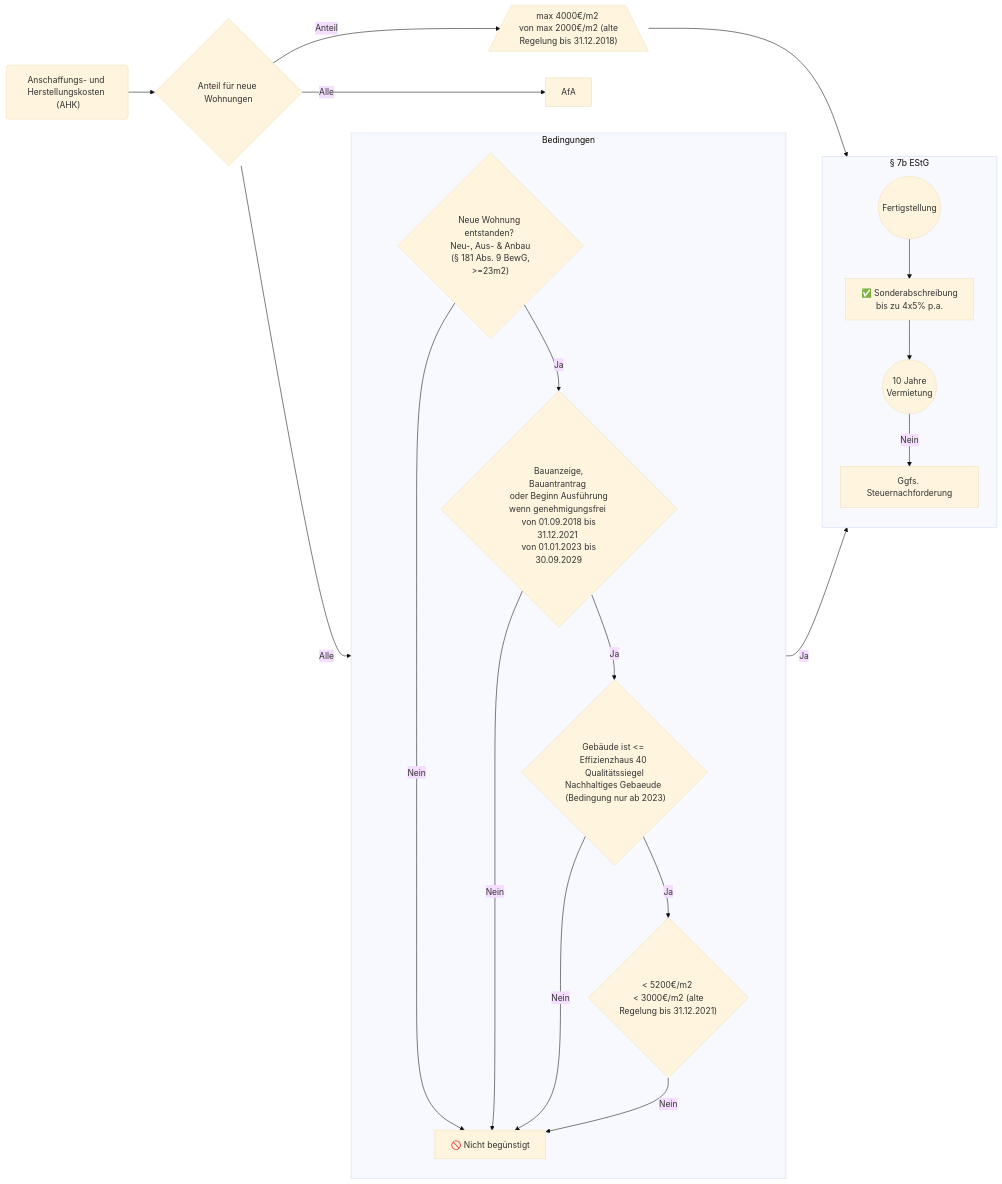
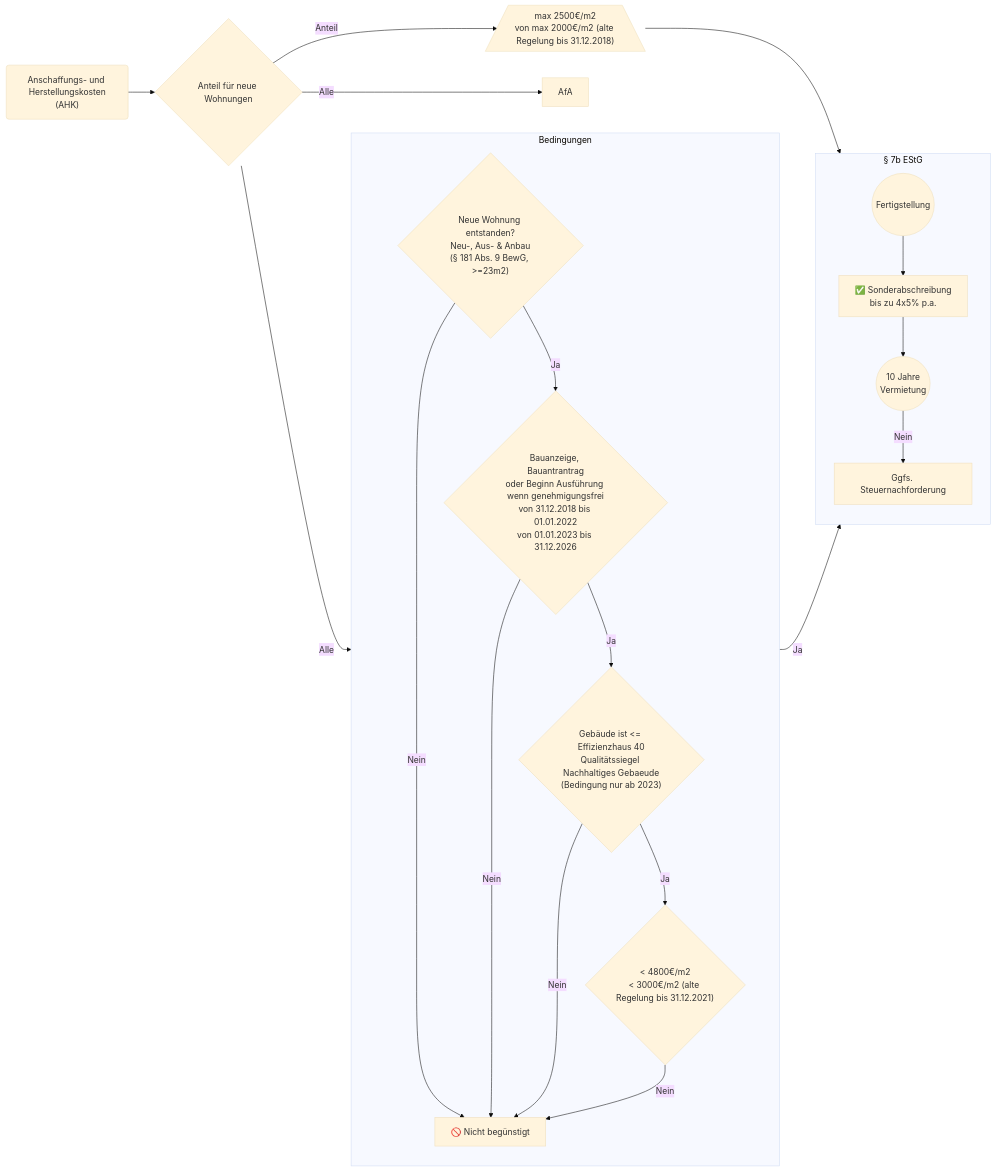
Before and after one commit to dataheld/steuerFlow: the diagram in diagrams/estg7b.mmd, drawn with Mermaid (base theme). The commit also changed 3 other files, not shown here.

First line of the commit message:
Use <br> for line breaks in Mermaid labels

```diff
--- a/diagrams/estg7b.mmd
+++ b/diagrams/estg7b.mmd
@@ -1,34 +1,34 @@
 flowchart LR;
   subgraph Bedingungen
     direction TB
-    istNeuWR{"Neue Wohnung entstanden? \n Neu-, Aus- & Anbau \n (§ 181 Abs. 9 BewG, >=23m2)"}
+    istNeuWR{"Neue Wohnung entstanden?<br>Neu-, Aus- & Anbau<br>(§ 181 Abs. 9 BewG, >=23m2)"}
     istNeuWR -- Nein --> keineSA["🚫 Nicht begünstigt"]
     istNeuWR -- Ja --> istInFrist
-    istInFrist{"\n Bauanzeige, Bauantrantrag \n oder Beginn Ausführung wenn genehmigungsfrei \n von 01.09.2018 bis 31.12.2021 \n von 01.01.2023 bis 30.09.2029"}
+    istInFrist{"Bauanzeige, Bauantrantrag<br>oder Beginn Ausführung wenn genehmigungsfrei<br>von 31.12.2018 bis 01.01.2022<br>von 01.01.2023 bis 31.12.2026"}
     istInFrist -- Nein --> keineSA
     istInFrist -- Ja --> istKFW40
-    istKFW40{"Gebäude ist <= Effizienzhaus 40 \n Qualitätssiegel Nachhaltiges Gebaeude \n (Bedingung nur ab 2023)"}
+    istKFW40{"Gebäude ist <= Effizienzhaus 40<br>Qualitätssiegel Nachhaltiges Gebaeude<br>(Bedingung nur ab 2023)"}
     istKFW40 -- Nein --> keineSA
     istKFW40 -- Ja --> AHK3k
   end
   subgraph EStG7b ["§ 7b EStG"];
     direction TB
-    AHK3k{"< 5200€/m2 \n < 3000€/m2 (alte Regelung bis 31.12.2021)"}
+    AHK3k{"< 4800€/m2<br>< 3000€/m2 (alte Regelung bis 31.12.2021)"}
     AHK3k -- Nein --> keineSA
     AHK3k -- Ja --> Fertig
     Fertig(("Fertigstellung"))
     Fertig --> 7bSonder
-    7bSonder["✅ Sonderabschreibung \n bis zu 4x5% p.a."]
+    7bSonder["✅ Sonderabschreibung<br>bis zu 4x5% p.a."]
     7bSonder --> 10JVerm
-    10JVerm(("10 Jahre \n Vermietung"))
+    10JVerm(("10 Jahre<br>Vermietung"))
     10JVerm -- Nein --> RueckZ
     RueckZ["Ggfs. Steuernachforderung"]
   end
-  AHK("Anschaffungs- und Herstellungskosten \n (AHK)")
+  AHK("Anschaffungs- und Herstellungskosten<br>(AHK)")
   AHK --> istAHKNeueWohn
   istAHKNeueWohn{"Anteil für neue Wohnungen"}
   istAHKNeueWohn -- Alle --> AHK3k
   istAHKNeueWohn -- Alle --> AfA
   istAHKNeueWohn -- Anteil --> AHK2k
-  AHK2k[/"max 4000€/m2 \n von max 2000€/m2 (alte Regelung bis 31.12.2018)"\]
+  AHK2k[/"max 2500€/m2<br>von max 2000€/m2 (alte Regelung bis 31.12.2018)"\]
   AHK2k --> 7bSonder
```
